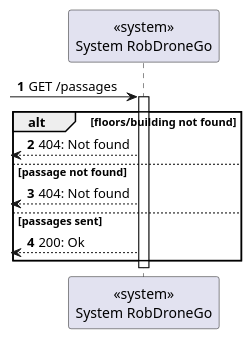
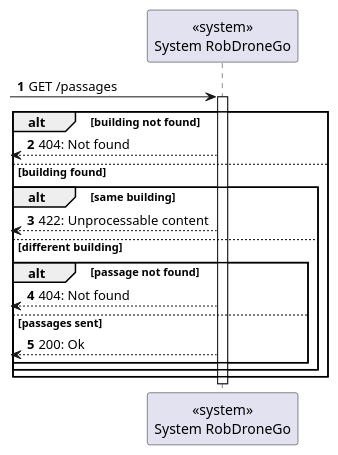
One commit to Departamento-de-Engenharia-Informatica/lapr5-23-24-g19 changed the diagram in docs/us260/level1/process-view.puml. Above: the diagram before and after it, drawn with PlantUML. The commit also changed 10 other files, not shown here.

```diff
--- a/docs/us260/level1/process-view.puml
+++ b/docs/us260/level1/process-view.puml
@@ -1,18 +1,24 @@
 @startuml
 autonumber
 
 participant "<<system>>\nSystem RobDroneGo" as sys
 
 [-> sys : GET /passages
 
 activate sys
-    alt floors/building not found
-        [<-- sys : 404: Not found
-    else passage not found
-        [<-- sys : 404: Not found
-    else passages sent
-        [<-- sys : 200: Ok
-    end
+    alt building not found
+            [<-- sys : 404: Not found
+        else building found
+           alt same building
+            [<-- sys : 422: Unprocessable content
+            else different building
+                alt  passage not found
+                    [<-- sys : 404: Not found
+                else passages sent
+                    [<-- sys : 200: Ok
+            end
+            end
+        end
 deactivate sys
 
 @enduml
```
